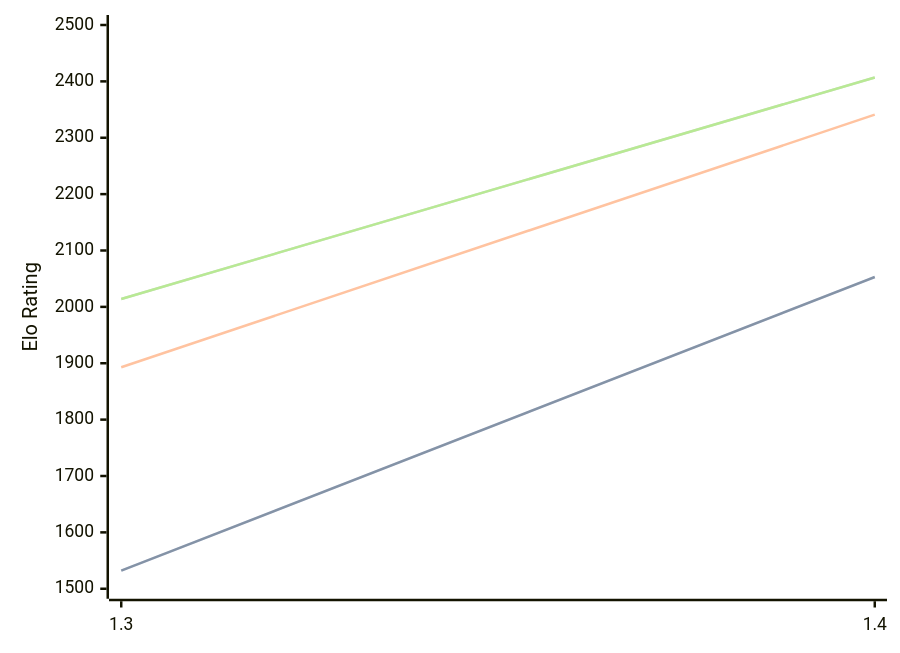
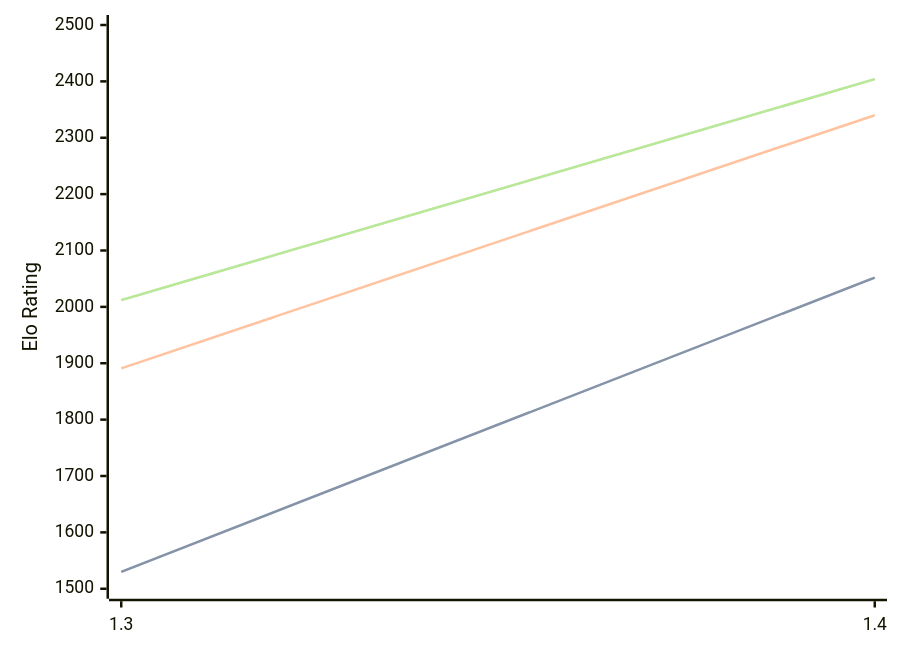
Before and after one commit to computer-chess-index/cci: the diagram in engines/Facon.md, drawn with Mermaid. The commit also changed other lines of this file, not shown here.

Commit message:
Update CCI Ratings (ELO VLTC) - 2026-05-18

````diff
--- a/engines/Facon.md
+++ b/engines/Facon.md
@@ -35,11 +35,11 @@
 ```mermaid
 %%{init: {"theme":"base","themeVariables":{"seriesColors:['#a3a3a3','#222221','#faa371']}}}%%
 xychart-beta
   x-axis ["1.3", "1.4"]
   y-axis "Elo Rating" 1500 --> 2500
-  line "STC (8.0+0.08s)" [1532, 2053]
-  line "STC (8.0+0.08s)" [1532, 2053]
-  line "LTC (60.0+0.60s)" [1893, 2341]
-  line "VLTC (2m24s+1.12s)" [2014, 2407]
-  line "VLTC (2m24s+1.12s)" [2014, 2407]
+  line "STC (8.0+0.08s)" [1530, 2052]
+  line "STC (8.0+0.08s)" [1530, 2052]
+  line "LTC (60.0+0.60s)" [1891, 2340]
+  line "VLTC (2m24s+1.12s)" [2012, 2404]
+  line "VLTC (2m24s+1.12s)" [2012, 2404]
 ```
````
